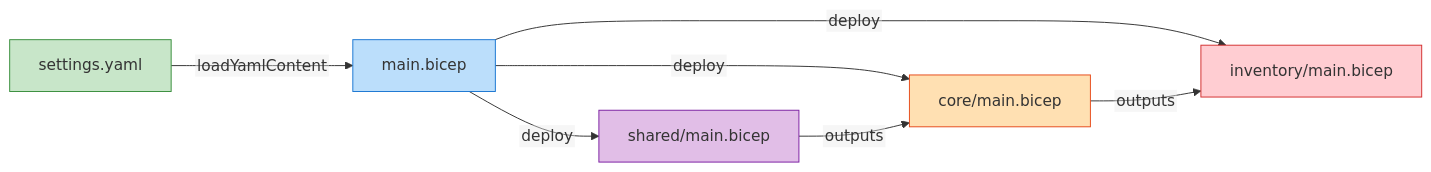
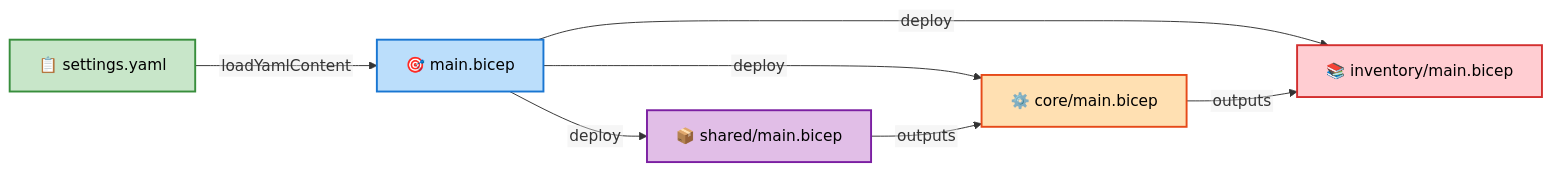
Before and after one commit to Evilazaro/APIM-Accelerator: the sixth of 6 diagrams in docs/architecture/DevOps_Architecture_Document.md, drawn with Mermaid. The commit also changed 1 other file, not shown here.

Commit message:
Refactor color scheme definitions in architecture documents for improved clarity and consistency

````diff
--- a/docs/architecture/DevOps_Architecture_Document.md
+++ b/docs/architecture/DevOps_Architecture_Document.md
@@ -494,22 +494,32 @@
 ```mermaid
 %%{init: {"flowchart": {"htmlLabels": false}} }%%
 flowchart LR
-    settings["settings.yaml"]
-    main["main.bicep"]
-    shared["shared/main.bicep"]
-    core["core/main.bicep"]
-    inventory["inventory/main.bicep"]
+    %% ============================================
+    %% COLOR SCHEME DOCUMENTATION
+    %% ============================================
+    %% Config: Green (#C8E6C9) - Configuration files
+    %% Orchestrator: Blue (#BBDEFB) - Entry point
+    %% Shared: Purple (#E1BEE7) - Shared infrastructure
+    %% Core: Orange (#FFE0B2) - Core platform
+    %% Inventory: Red (#FFCDD2) - API governance
+    %% ============================================
+
+    settings["📋 settings.yaml"]:::mdGreen
+    main["🎯 main.bicep"]:::mdBlue
+    shared["📦 shared/main.bicep"]:::mdPurple
+    core["⚙️ core/main.bicep"]:::mdOrange
+    inventory["📚 inventory/main.bicep"]:::mdRed
 
     settings -->|loadYamlContent| main
     main -->|deploy| shared
     main -->|deploy| core
     main -->|deploy| inventory
     shared -->|outputs| core
     core -->|outputs| inventory
 
-    style settings fill:#C8E6C9,stroke:#388E3C
-    style main fill:#BBDEFB,stroke:#1976D2
-    style shared fill:#E1BEE7,stroke:#7B1FA2
-    style core fill:#FFE0B2,stroke:#E64A19
-    style inventory fill:#FFCDD2,stroke:#D32F2F
+    classDef mdGreen fill:#C8E6C9,stroke:#388E3C,stroke-width:2px,color:#000
+    classDef mdBlue fill:#BBDEFB,stroke:#1976D2,stroke-width:2px,color:#000
+    classDef mdPurple fill:#E1BEE7,stroke:#7B1FA2,stroke-width:2px,color:#000
+    classDef mdOrange fill:#FFE0B2,stroke:#E64A19,stroke-width:2px,color:#000
+    classDef mdRed fill:#FFCDD2,stroke:#D32F2F,stroke-width:2px,color:#000
 ```
````
